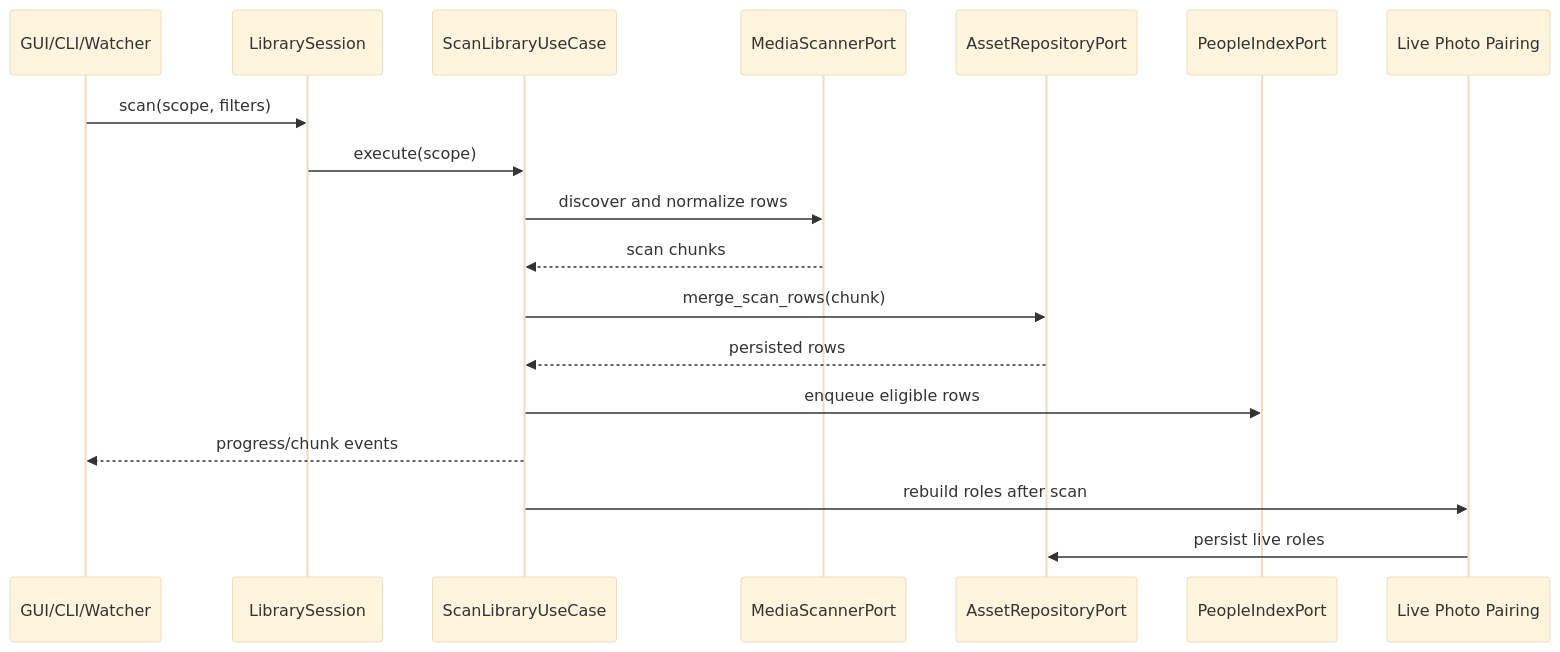
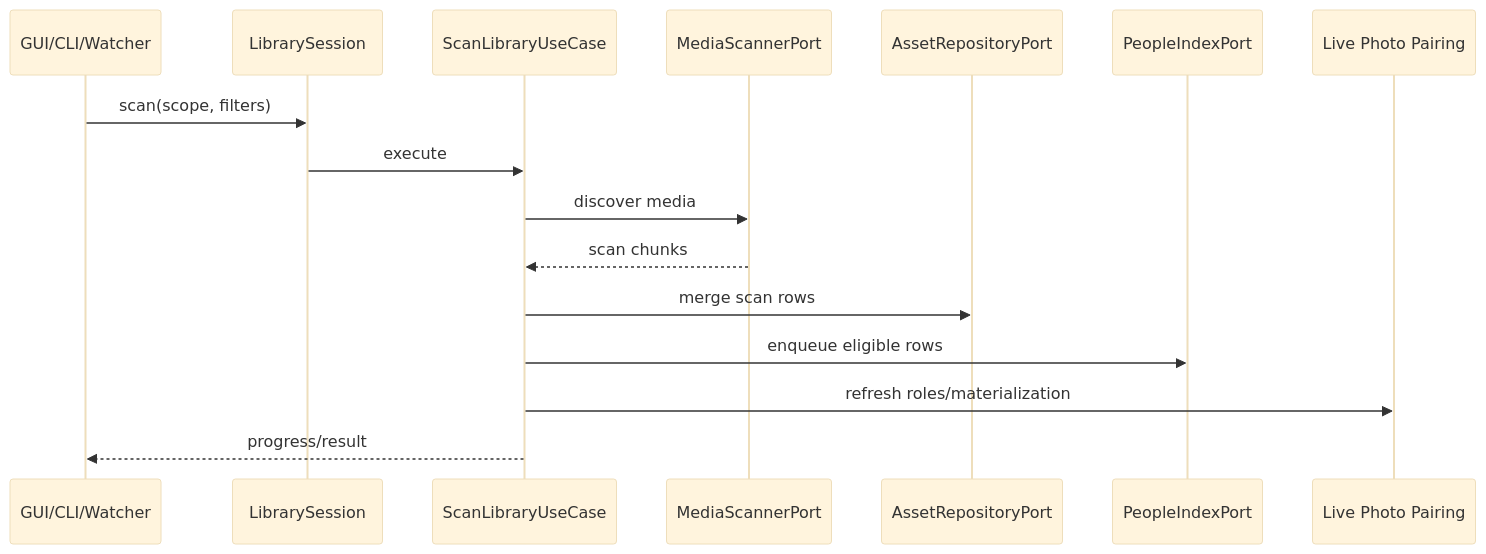
One commit to OliverZhaohaibin/iPhotron-LocalPhotoAlbumManager changed the fourth of 6 diagrams in docs/architecture.md. Above: the diagram before and after it, drawn with Mermaid (base theme). The commit also changed other lines of this file and 5 other files, not shown here.

Commit message:
docs: align vNext architecture documentation

````diff
--- a/docs/architecture.md
+++ b/docs/architecture.md
@@ -354,21 +297,19 @@
 ```mermaid
 sequenceDiagram
     participant Trigger as GUI/CLI/Watcher
     participant Session as LibrarySession
-    participant UseCase as ScanLibraryUseCase
+    participant Scan as ScanLibraryUseCase
     participant Scanner as MediaScannerPort
     participant Repo as AssetRepositoryPort
     participant People as PeopleIndexPort
     participant Pairing as Live Photo Pairing
 
     Trigger->>Session: scan(scope, filters)
-    Session->>UseCase: execute(scope)
-    UseCase->>Scanner: discover and normalize rows
-    Scanner-->>UseCase: scan chunks
-    UseCase->>Repo: merge_scan_rows(chunk)
-    Repo-->>UseCase: persisted rows
-    UseCase->>People: enqueue eligible rows
-    UseCase-->>Trigger: progress/chunk events
-    UseCase->>Pairing: rebuild roles after scan
-    Pairing->>Repo: persist live roles
+    Session->>Scan: execute
+    Scan->>Scanner: discover media
+    Scanner-->>Scan: scan chunks
+    Scan->>Repo: merge scan rows
+    Scan->>People: enqueue eligible rows
+    Scan->>Pairing: refresh roles/materialization
+    Scan-->>Trigger: progress/result
 ```
````
